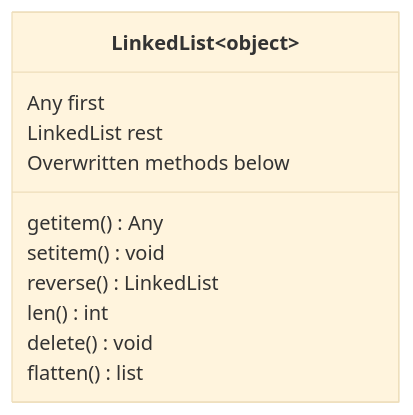
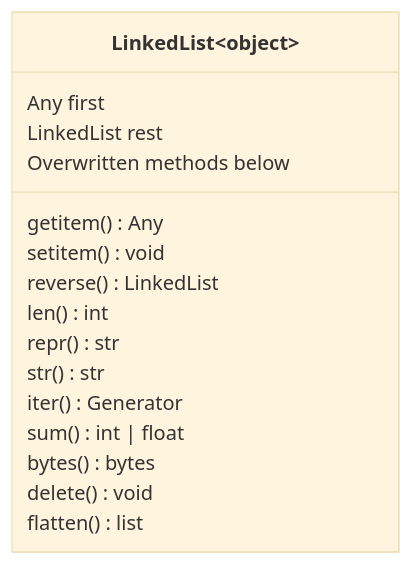
The diagram in content/post/linkedLists.md (mindful-math/mindful-math.github.io), drawn with Mermaid (base theme) before and after one commit. The commit also changed other lines of this file and 6 other files, not shown here.

````diff
--- a/content/post/linkedLists.md
+++ b/content/post/linkedLists.md
@@ -19,15 +19,20 @@
 ```mermaid 
 classDiagram
 
 class LinkedList~object~{
   Any first
   LinkedList rest
   Overwritten methods below
   getitem() Any
   setitem() void
   reverse() LinkedList
   len() int
+  repr() str
+  str() str
+  iter() Generator
+  sum() int | float
+  bytes() bytes
   delete() void
   flatten() list
 }
 ```
````
